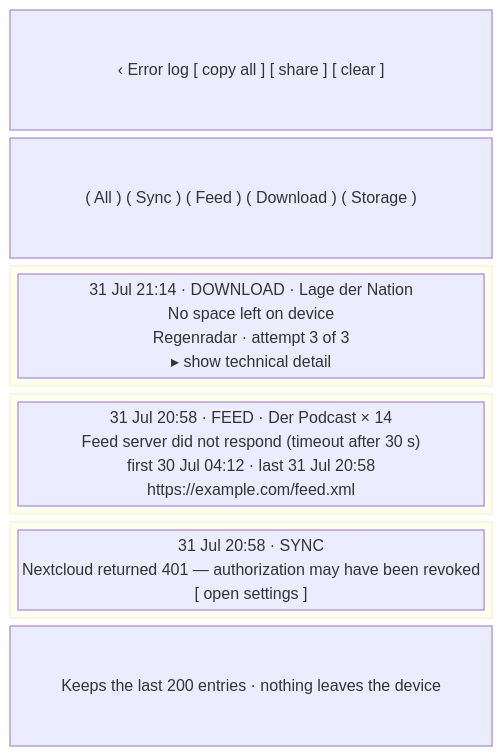
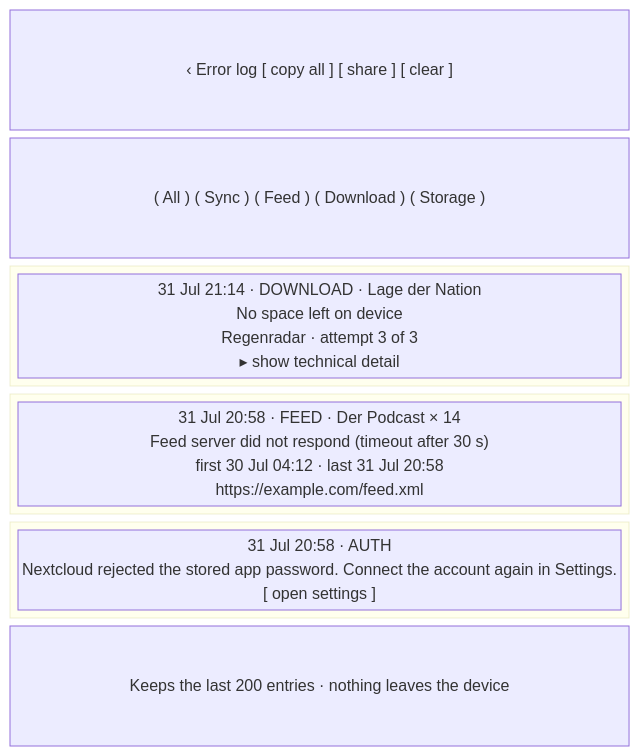
Before and after one commit to drehtuer/podsilo: diagram 13 of 14 in docs/UI.md, drawn with Mermaid. The commit also changed 12 other files, not shown here.

````diff
--- a/docs/UI.md
+++ b/docs/UI.md
@@ -773,19 +773,19 @@
 ```mermaid
 block-beta
   columns 1
   bar["‹  Error log                        [ copy all ]  [ share ]  [ clear ]"]
   fl["( All )  ( Sync )  ( Feed )  ( Download )  ( Storage )"]
   block:x1
     columns 1
     e1["31 Jul 21:14 · DOWNLOAD · Lage der Nation\nNo space left on device\nRegenradar · attempt 3 of 3\n  ▸ show technical detail"]
   end
   block:x2
     columns 1
     e2["31 Jul 20:58 · FEED · Der Podcast          × 14\nFeed server did not respond (timeout after 30 s)\nfirst 30 Jul 04:12 · last 31 Jul 20:58\nhttps://example.com/feed.xml"]
   end
   block:x3
     columns 1
-    e3["31 Jul 20:58 · SYNC\nNextcloud returned 401 — authorization may have been revoked\n[ open settings ]"]
+    e3["31 Jul 20:58 · AUTH\nNextcloud rejected the stored app password. Connect the account again in Settings.\n[ open settings ]"]
   end
   foot["Keeps the last 200 entries · nothing leaves the device"]
 ```
````
